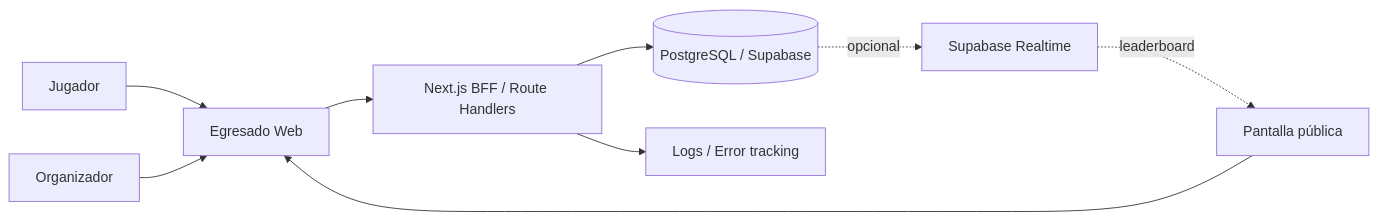
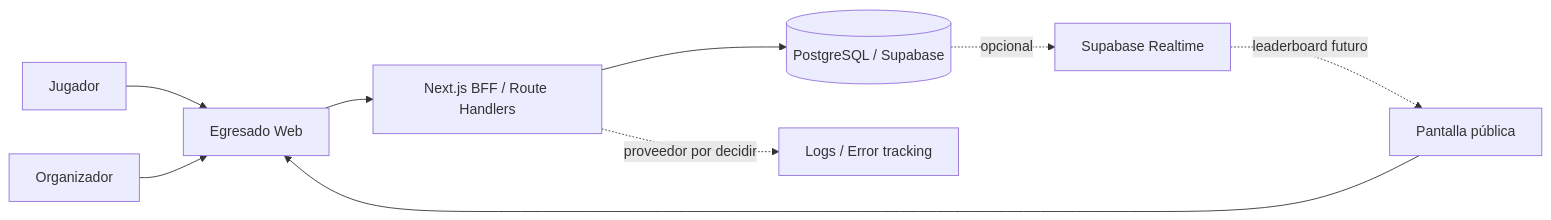
Before and after one commit to gastong256/mono256_egresado-game: the first of 3 diagrams in docs/03-architecture/architecture-overview.md, drawn with Mermaid. The commit also changed other lines of this file and 94 other files, not shown here.

````diff
--- a/docs/03-architecture/architecture-overview.md
+++ b/docs/03-architecture/architecture-overview.md
@@ -25,11 +23,11 @@
 ```mermaid
 flowchart LR
     U[Jugador] --> W[Egresado Web]
     O[Organizador] --> W
     P[Pantalla pública] --> W
     W --> API[Next.js BFF / Route Handlers]
     API --> DB[(PostgreSQL / Supabase)]
-    API --> OBS[Logs / Error tracking]
+    API -. proveedor por decidir .-> OBS[Logs / Error tracking]
     DB -. opcional .-> RT[Supabase Realtime]
-    RT -. leaderboard .-> P
+    RT -. leaderboard futuro .-> P
 ```
````
